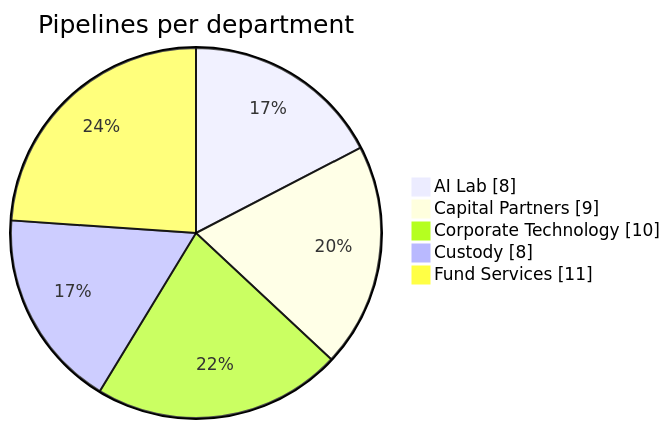
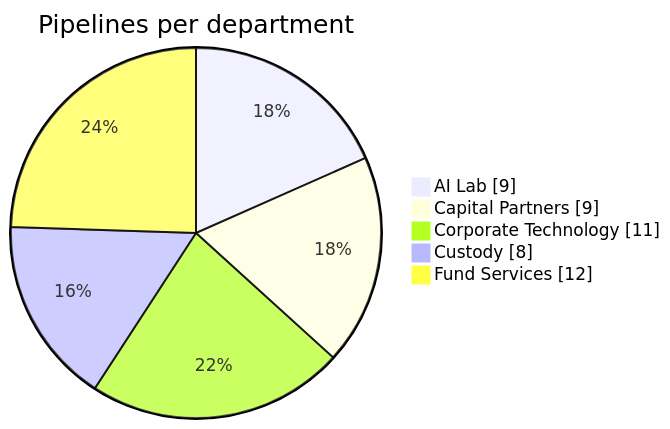
The first of 6 diagrams in README.md (mateuszmatan/DSOMgmtPortal), drawn with Mermaid before and after one commit. The commit also changed other lines of this file and 71 other files, not shown here.

````diff
--- a/README.md
+++ b/README.md
@@ -136,8 +141,8 @@
 ```mermaid
 pie showData title Pipelines per department
-    "AI Lab" : 8
+    "AI Lab" : 9
     "Capital Partners" : 9
-    "Corporate Technology" : 10
+    "Corporate Technology" : 11
     "Custody" : 8
-    "Fund Services" : 11
+    "Fund Services" : 12
 ```
````
